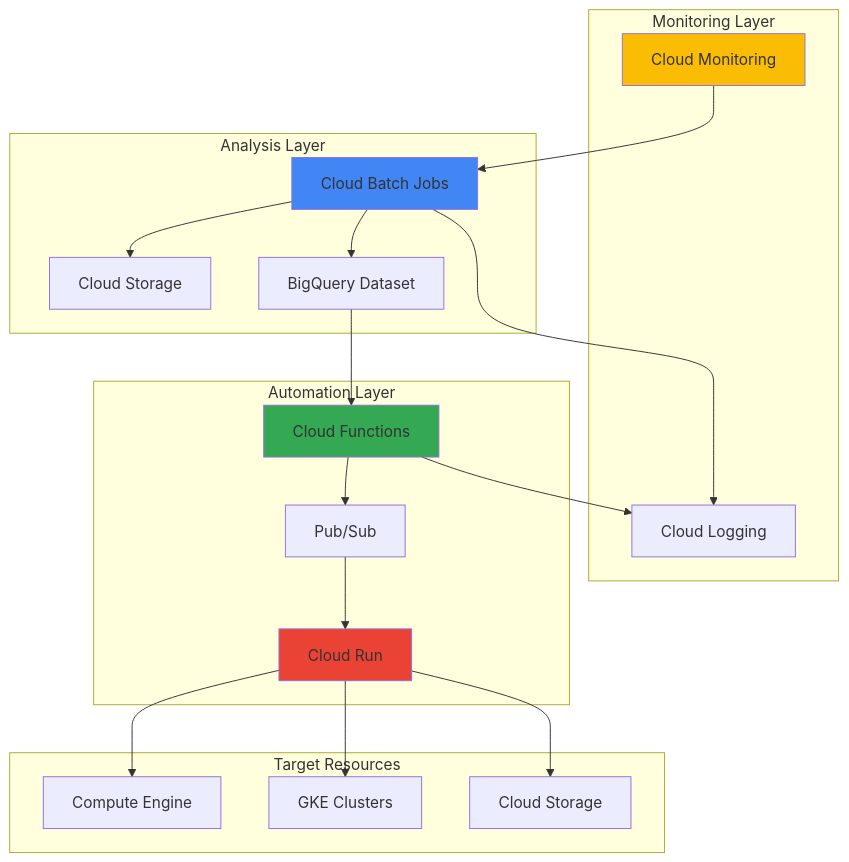
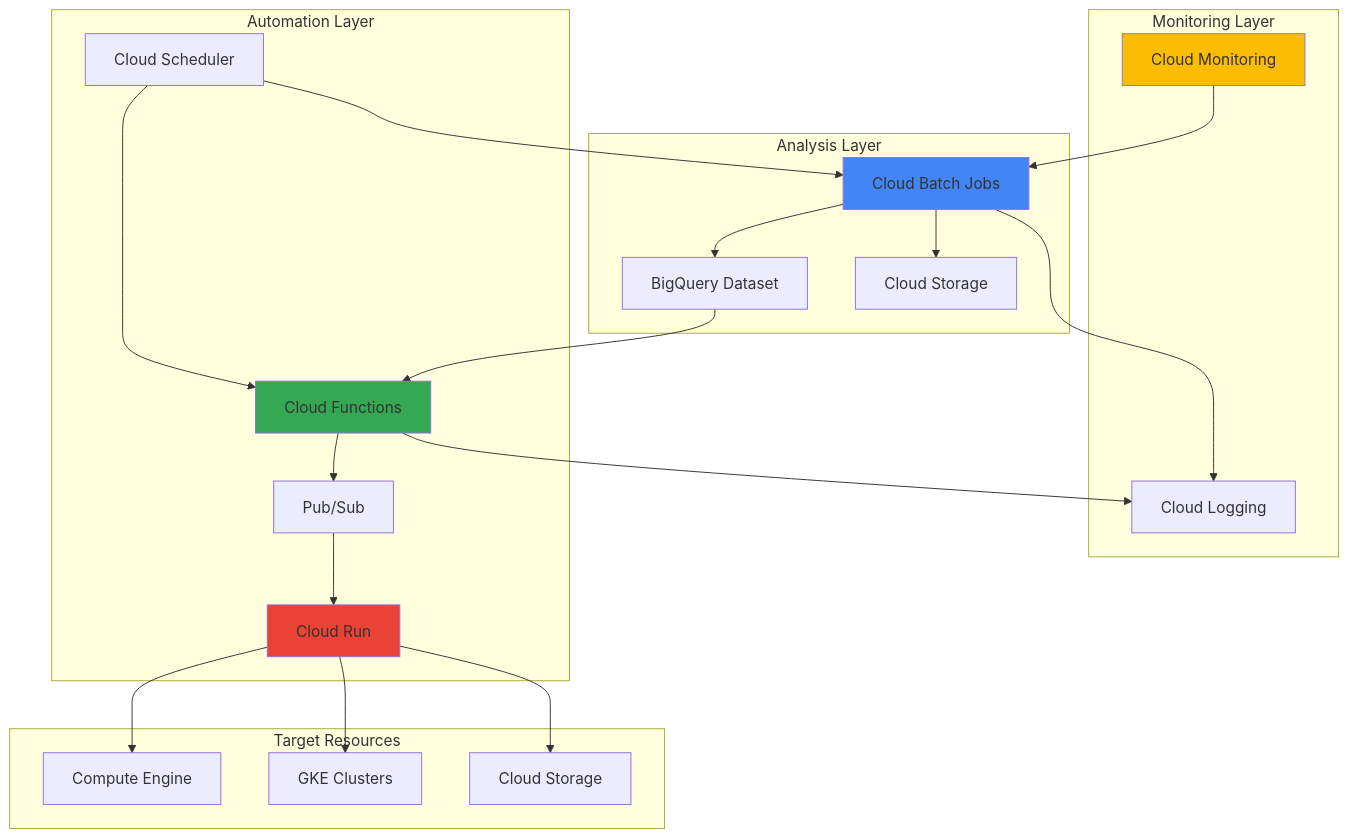
The diagram in gcp/infrastructure-cost-optimization-batch-monitoring/infrastructure-cost-optimization-batch-monitoring.md (mzazon/awesome-cloud-projects), drawn with Mermaid before and after one commit. The commit also changed other lines of this file and 5581 other files, not shown here.

````diff
--- a/gcp/infrastructure-cost-optimization-batch-monitoring/infrastructure-cost-optimization-batch-monitoring.md
+++ b/gcp/infrastructure-cost-optimization-batch-monitoring/infrastructure-cost-optimization-batch-monitoring.md
@@ -30,43 +30,46 @@
 ```mermaid
 graph TB
     subgraph "Monitoring Layer"
         CM[Cloud Monitoring]
         CL[Cloud Logging]
     end
     
     subgraph "Analysis Layer"
         CB[Cloud Batch Jobs]
         CS[Cloud Storage]
         BQ[BigQuery Dataset]
     end
     
     subgraph "Automation Layer"
         CF[Cloud Functions]
         CR[Cloud Run]
         PS[Pub/Sub]
+        SCHED[Cloud Scheduler]
     end
     
     subgraph "Target Resources"
         CE[Compute Engine]
         GKE[GKE Clusters]
         GCS[Cloud Storage]
     end
     
     CM-->CB
     CB-->BQ
     CB-->CS
     BQ-->CF
     CF-->PS
     PS-->CR
     CR-->CE
     CR-->GKE
     CR-->GCS
+    SCHED-->CF
+    SCHED-->CB
     
     CB-->CL
     CF-->CL
     
     style CB fill:#4285F4
     style CF fill:#34A853
     style CM fill:#FBBC04
     style CR fill:#EA4335
 ```
````
